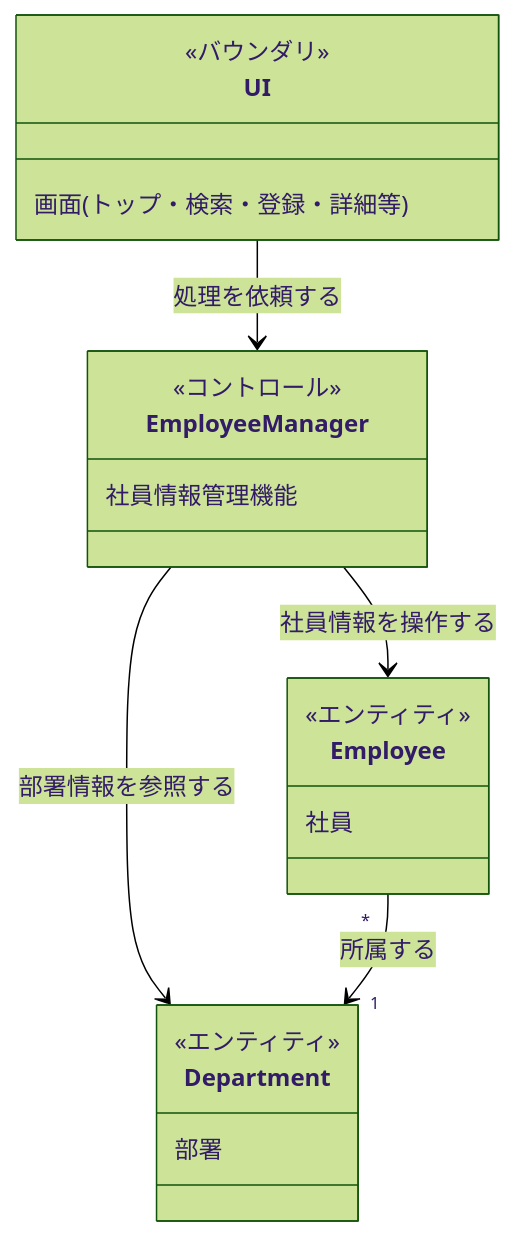
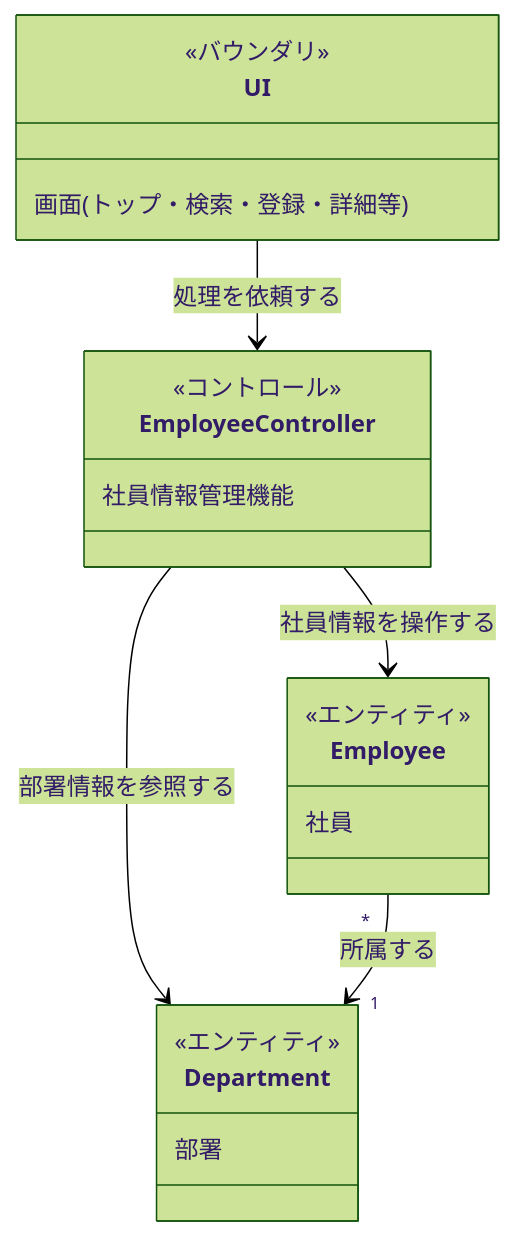
The seventh of 9 diagrams in EIMS_Comprehensive_Exercise_Guide.md (juyeongjung1/NewEIMS), drawn with Mermaid (forest theme) before and after one commit.

Commit message:
分析レベルクラス図のコントロールをEmployeeManagerからEmployeeControllerに変更（受講者の理解促進のため）

````diff
--- a/EIMS_Comprehensive_Exercise_Guide.md
+++ b/EIMS_Comprehensive_Exercise_Guide.md
@@ -680,30 +680,30 @@
 ```mermaid
 classDiagram
     %% バウンダリ（境界）クラス
     class UI {
         <<バウンダリ>>
         画面 (トップ・検索・登録・詳細等)
     }
     
     %% コントロール（制御）クラス
-    class EmployeeManager {
+    class EmployeeController {
         <<コントロール>>
         社員情報管理機能
     }
     
     %% エンティティ（実体）クラス
     class Employee {
         <<エンティティ>>
         社員
     }
     class Department {
         <<エンティティ>>
         部署
     }
     
     %% クラス間の関係（関連と依存）
-    UI --> EmployeeManager : 処理を依頼する
-    EmployeeManager --> Employee : 社員情報を操作する
-    EmployeeManager --> Department : 部署情報を参照する
+    UI --> EmployeeController : 処理を依頼する
+    EmployeeController --> Employee : 社員情報を操作する
+    EmployeeController --> Department : 部署情報を参照する
     Employee "*" --> "1" Department : 所属する
 ```
````
